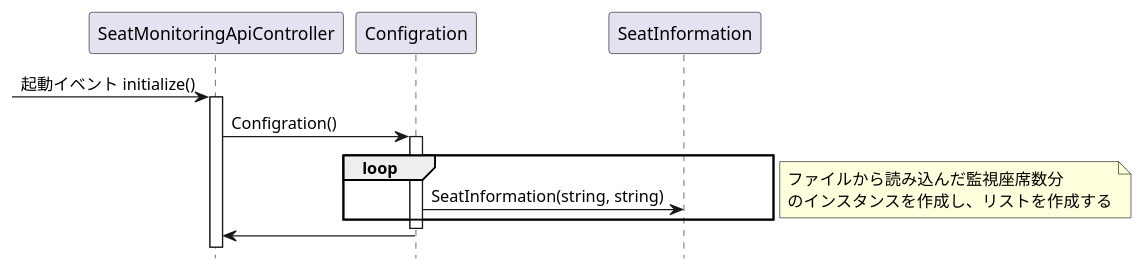
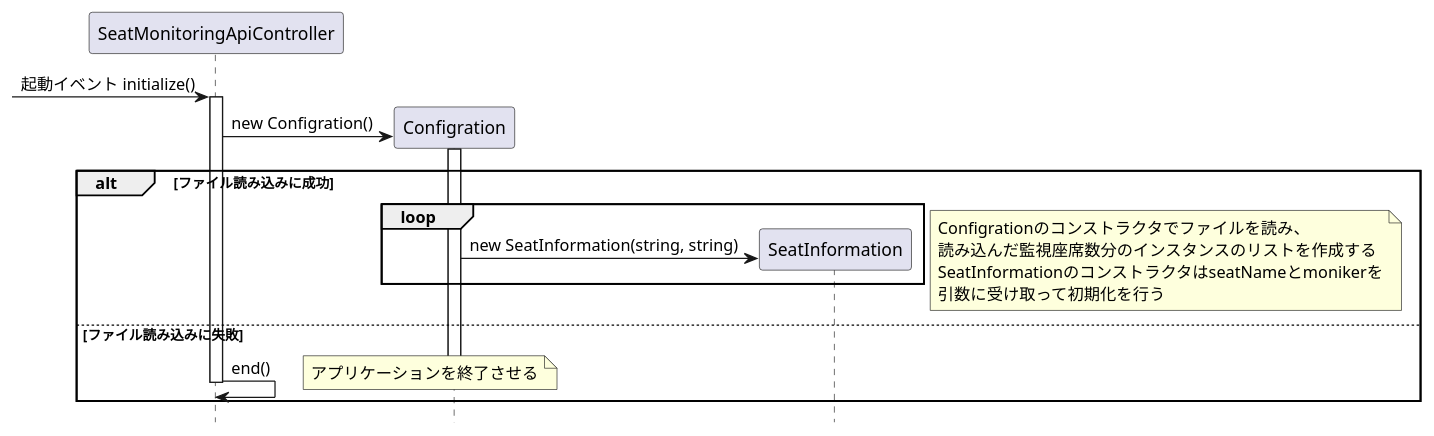
Before and after one commit to KeisukeSugita/Seat-monitoring-system: the diagram in doc/詳細設計/構成図(.pu)/SeatMonitoringAPI起動シーケンス図.pu, drawn with PlantUML. The commit also changed 5 other files, not shown here.

```diff
--- a/doc/詳細設計/構成図(.pu)/SeatMonitoringAPI起動シーケンス図.pu
+++ b/doc/詳細設計/構成図(.pu)/SeatMonitoringAPI起動シーケンス図.pu
@@ -1,25 +1,36 @@
 @startuml SeatMonitoringAPI起動シーケンス図
 hide footbox
 
 participant "SeatMonitoringApiController" as SeatMonitoringApiController
 participant "Configration" as Configration
 participant "SeatInformation" as SeatInformation
 
 -> SeatMonitoringApiController :起動イベント initialize()
 activate SeatMonitoringApiController
-SeatMonitoringApiController -> Configration : Configration()
+
+create Configration
+SeatMonitoringApiController -> Configration : new Configration()
 activate Configration
 
-loop
-	Configration -> SeatInformation :SeatInformation(string, string)
+alt ファイル読み込みに成功
+	loop
+		create SeatInformation
+		Configration -> SeatInformation :new SeatInformation(string, string)
+	end
+	note right
+		Configrationのコンストラクタでファイルを読み、
+		読み込んだ監視座席数分のインスタンスのリストを作成する
+		SeatInformationのコンストラクタはseatNameとmonikerを
+		引数に受け取って初期化を行う
+	end note
+|||
+else ファイル読み込みに失敗
+	SeatMonitoringApiController -> SeatMonitoringApiController :end()
+	deactivate Configration
+	deactivate SeatMonitoringApiController
+	note right
+		アプリケーションを終了させる
+	end note
 end
-note right
-	ファイルから読み込んだ監視座席数分
-	のインスタンスを作成し、リストを作成する
-end note
-
-deactivate Configration
-SeatMonitoringApiController <- Configration
-deactivate Configration
 
 @enduml
```
